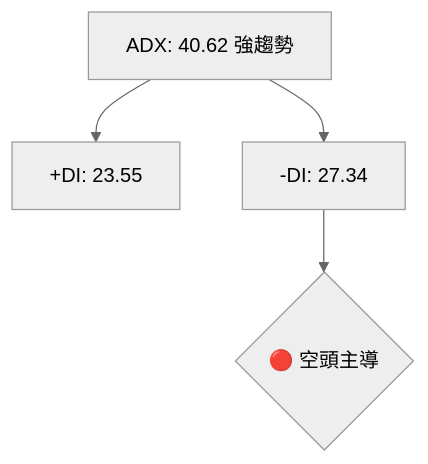
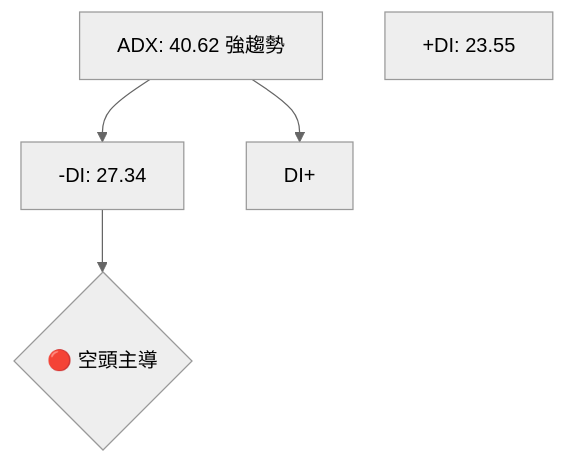
One commit to yennanliu/finance_data changed the third of 10 diagrams in ai_gen_report/stock/sofi/technical_analysis_2026-04-09_openai.md. Above: the diagram before and after it, drawn with Mermaid (neutral theme). The commit also changed 2258 other files, not shown here.

First line of the commit message:
chore: backfill Mermaid syntax repair across existing reports

````diff
--- a/ai_gen_report/stock/sofi/technical_analysis_2026-04-09_openai.md
+++ b/ai_gen_report/stock/sofi/technical_analysis_2026-04-09_openai.md
@@ -134,9 +134,9 @@
 ```mermaid
 graph TD
     ADX["ADX: 40.62 強趨勢"]
     DI+["+DI: 23.55"]
     DI-["-DI: 27.34"]
-    ADX --> DI+
+    ADX --> nb1["DI+"]
     ADX --> DI-
     DI- --> 結論{"🔴 空頭主導"}
 ```
````
